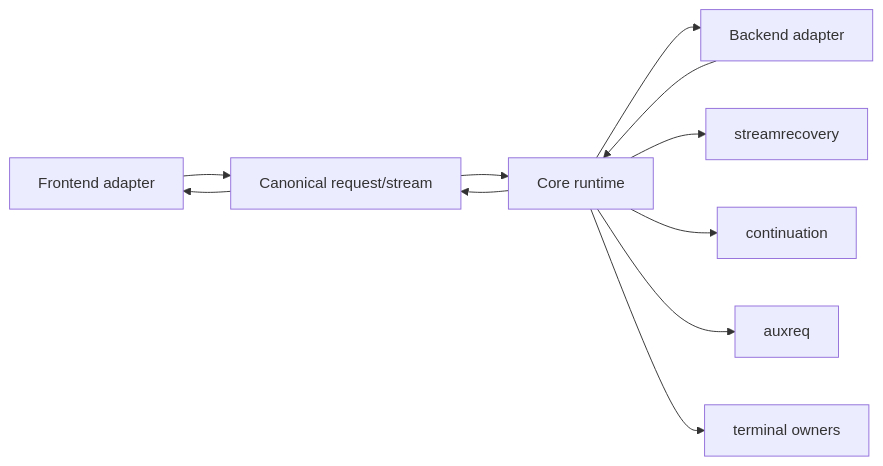
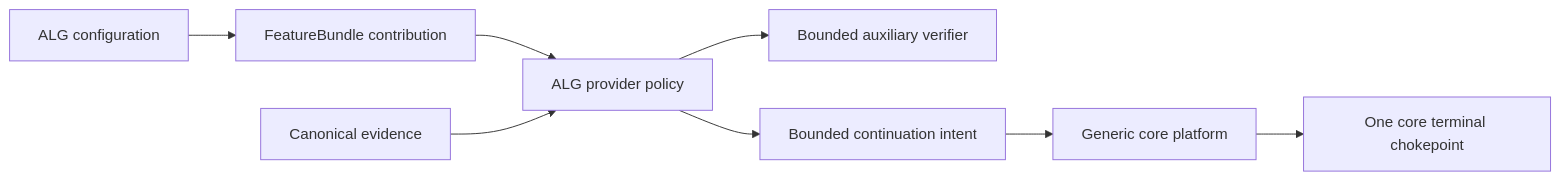
One commit to matdev83/go-llm-interactive-proxy changed the first of 2 diagrams in .kiro/specs/agent-loop-breach-prevention/design.md. Above: the diagram before and after it, drawn with Mermaid. The commit also changed other lines of this file and 11 other files, not shown here.

````diff
--- a/.kiro/specs/agent-loop-breach-prevention/design.md
+++ b/.kiro/specs/agent-loop-breach-prevention/design.md
@@ -94,19 +55,17 @@
 ```mermaid
 flowchart LR
-    FE[Frontend adapter]
-    CAN[Canonical request/stream]
-    RT[Core runtime]
-    SR[streamrecovery]
-    CONT[continuation]
-    AUX[auxreq]
-    TERM[terminal owners]
-    BE[Backend adapter]
+    Config[ALG configuration]
+    Bundle[FeatureBundle contribution]
+    Provider[ALG provider policy]
+    Verifier[Bounded auxiliary verifier]
+    Evidence[Canonical evidence]
+    Intent[Bounded continuation intent]
+    Platform[Generic core platform]
+    Terminal[One core terminal chokepoint]
 
-    FE --> CAN --> RT --> BE
-    BE --> RT
-    RT --> SR
-    RT --> CONT
-    RT --> AUX
-    RT --> TERM
-    RT --> CAN --> FE
+    Config --> Bundle --> Provider
+    Evidence --> Provider
+    Provider --> Verifier
+    Provider --> Intent
+    Intent --> Platform --> Terminal
 ```
````
